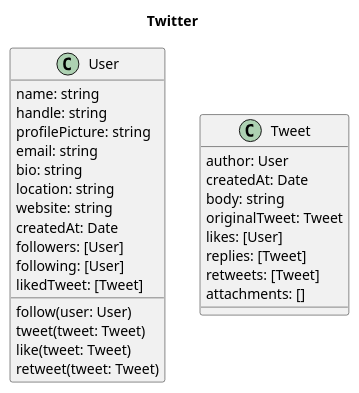
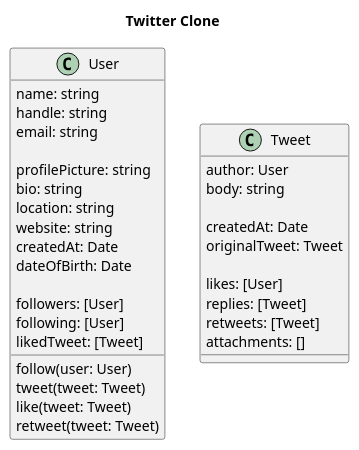
Before and after one commit to cihat/full-stack-twitter-clone: the diagram in architecture/class-diagram.puml, drawn with PlantUML. The commit also changed other lines of this file and 1 other file, not shown here.

Commit message:
Update plant uml diagram

```diff
--- a/architecture/class-diagram.puml
+++ b/architecture/class-diagram.puml
@@ -1,35 +1,40 @@
 @startuml "Class Diagram"
 
-Title: Twitter
+Title: Twitter Clone
 
 class User {
   name: string
   handle: string
+  email: string
+
   profilePicture: string
-  email: string
   bio: string
   location: string
   website: string
   createdAt: Date
+  dateOfBirth: Date
+
   followers: [User]
   following: [User]
   likedTweet: [Tweet]
-
+  
   follow(user: User)
   tweet(tweet: Tweet)
   like(tweet: Tweet)
   retweet(tweet: Tweet)
 }
 
 class Tweet {
   author: User
+  body: string
+  
   createdAt: Date
-  body: string
   originalTweet: Tweet
+
   likes: [User]
   replies: [Tweet]
   retweets: [Tweet]
   attachments: []
 }
 
 @enduml
```
